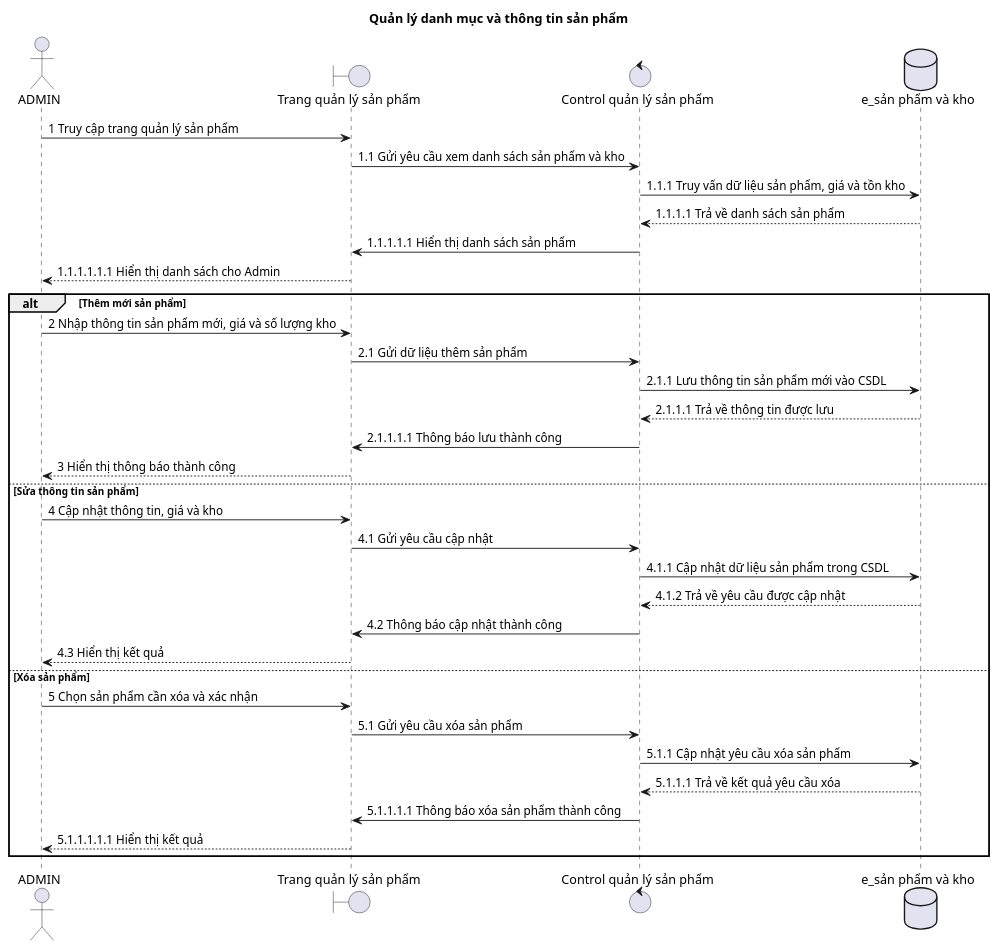
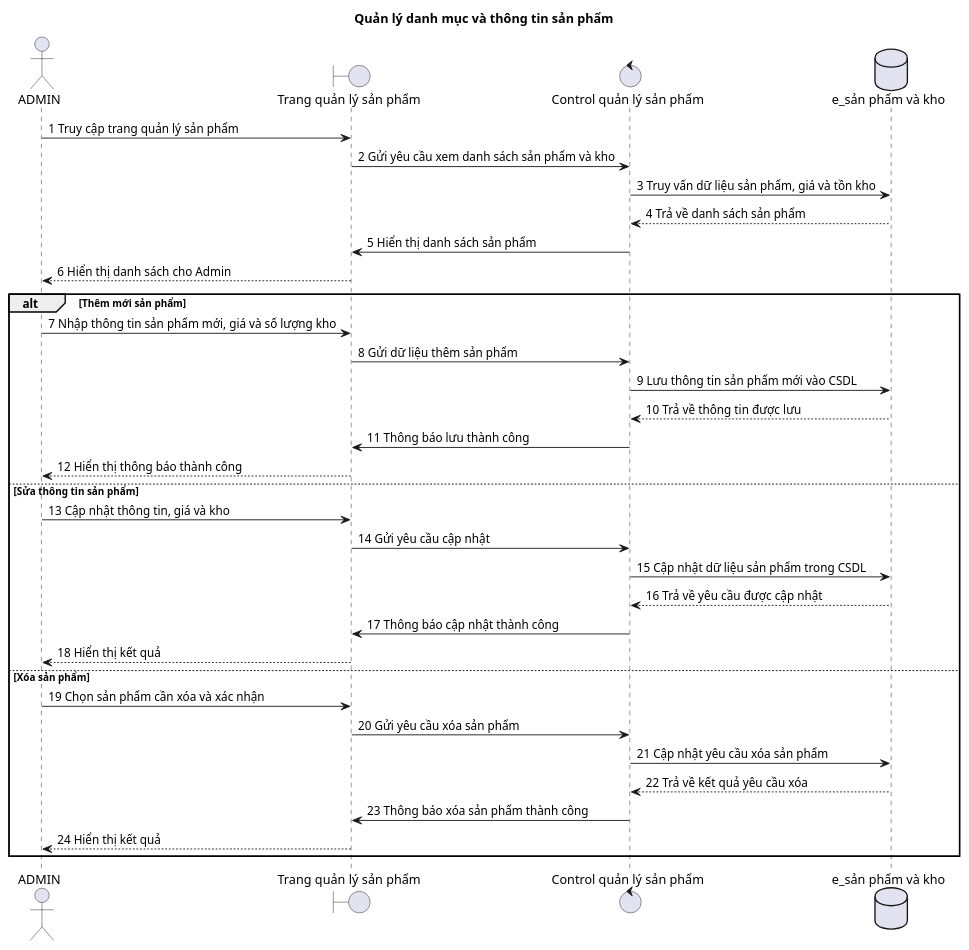
Before and after one commit to duygri/do-an-htttdn-crm: the diagram in docs/diagrams/sequence/preview/06-product-management.puml, drawn with PlantUML.

```diff
--- a/docs/diagrams/sequence/preview/06-product-management.puml
+++ b/docs/diagrams/sequence/preview/06-product-management.puml
@@ -1,38 +1,38 @@
 @startuml
 title Quản lý danh mục và thông tin sản phẩm
 
 actor ADMIN as Admin
 boundary "Trang quản lý sản phẩm" as Boundary
 control "Control quản lý sản phẩm" as Control
 database "e_sản phẩm và kho" as Entity
 
 Admin -> Boundary: 1 Truy cập trang quản lý sản phẩm
-Boundary -> Control: 1.1 Gửi yêu cầu xem danh sách sản phẩm và kho
-Control -> Entity: 1.1.1 Truy vấn dữ liệu sản phẩm, giá và tồn kho
-Entity --> Control: 1.1.1.1 Trả về danh sách sản phẩm
-Control -> Boundary: 1.1.1.1.1 Hiển thị danh sách sản phẩm
-Boundary --> Admin: 1.1.1.1.1.1 Hiển thị danh sách cho Admin
+Boundary -> Control: 2 Gửi yêu cầu xem danh sách sản phẩm và kho
+Control -> Entity: 3 Truy vấn dữ liệu sản phẩm, giá và tồn kho
+Entity --> Control: 4 Trả về danh sách sản phẩm
+Control -> Boundary: 5 Hiển thị danh sách sản phẩm
+Boundary --> Admin: 6 Hiển thị danh sách cho Admin
 
 alt Thêm mới sản phẩm
-  Admin -> Boundary: 2 Nhập thông tin sản phẩm mới, giá và số lượng kho
-  Boundary -> Control: 2.1 Gửi dữ liệu thêm sản phẩm
-  Control -> Entity: 2.1.1 Lưu thông tin sản phẩm mới vào CSDL
-  Entity --> Control: 2.1.1.1 Trả về thông tin được lưu
-  Control -> Boundary: 2.1.1.1.1 Thông báo lưu thành công
-  Boundary --> Admin: 3 Hiển thị thông báo thành công
+  Admin -> Boundary: 7 Nhập thông tin sản phẩm mới, giá và số lượng kho
+  Boundary -> Control: 8 Gửi dữ liệu thêm sản phẩm
+  Control -> Entity: 9 Lưu thông tin sản phẩm mới vào CSDL
+  Entity --> Control: 10 Trả về thông tin được lưu
+  Control -> Boundary: 11 Thông báo lưu thành công
+  Boundary --> Admin: 12 Hiển thị thông báo thành công
 else Sửa thông tin sản phẩm
-  Admin -> Boundary: 4 Cập nhật thông tin, giá và kho
-  Boundary -> Control: 4.1 Gửi yêu cầu cập nhật
-  Control -> Entity: 4.1.1 Cập nhật dữ liệu sản phẩm trong CSDL
-  Entity --> Control: 4.1.2 Trả về yêu cầu được cập nhật
-  Control -> Boundary: 4.2 Thông báo cập nhật thành công
-  Boundary --> Admin: 4.3 Hiển thị kết quả
+  Admin -> Boundary: 13 Cập nhật thông tin, giá và kho
+  Boundary -> Control: 14 Gửi yêu cầu cập nhật
+  Control -> Entity: 15 Cập nhật dữ liệu sản phẩm trong CSDL
+  Entity --> Control: 16 Trả về yêu cầu được cập nhật
+  Control -> Boundary: 17 Thông báo cập nhật thành công
+  Boundary --> Admin: 18 Hiển thị kết quả
 else Xóa sản phẩm
-  Admin -> Boundary: 5 Chọn sản phẩm cần xóa và xác nhận
-  Boundary -> Control: 5.1 Gửi yêu cầu xóa sản phẩm
-  Control -> Entity: 5.1.1 Cập nhật yêu cầu xóa sản phẩm
-  Entity --> Control: 5.1.1.1 Trả về kết quả yêu cầu xóa
-  Control -> Boundary: 5.1.1.1.1 Thông báo xóa sản phẩm thành công
-  Boundary --> Admin: 5.1.1.1.1.1 Hiển thị kết quả
+  Admin -> Boundary: 19 Chọn sản phẩm cần xóa và xác nhận
+  Boundary -> Control: 20 Gửi yêu cầu xóa sản phẩm
+  Control -> Entity: 21 Cập nhật yêu cầu xóa sản phẩm
+  Entity --> Control: 22 Trả về kết quả yêu cầu xóa
+  Control -> Boundary: 23 Thông báo xóa sản phẩm thành công
+  Boundary --> Admin: 24 Hiển thị kết quả
 end
 @enduml
```
